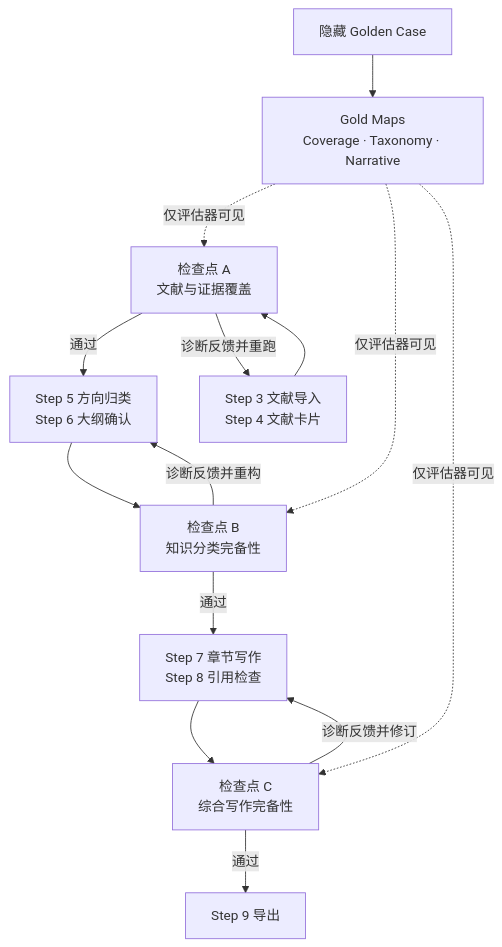
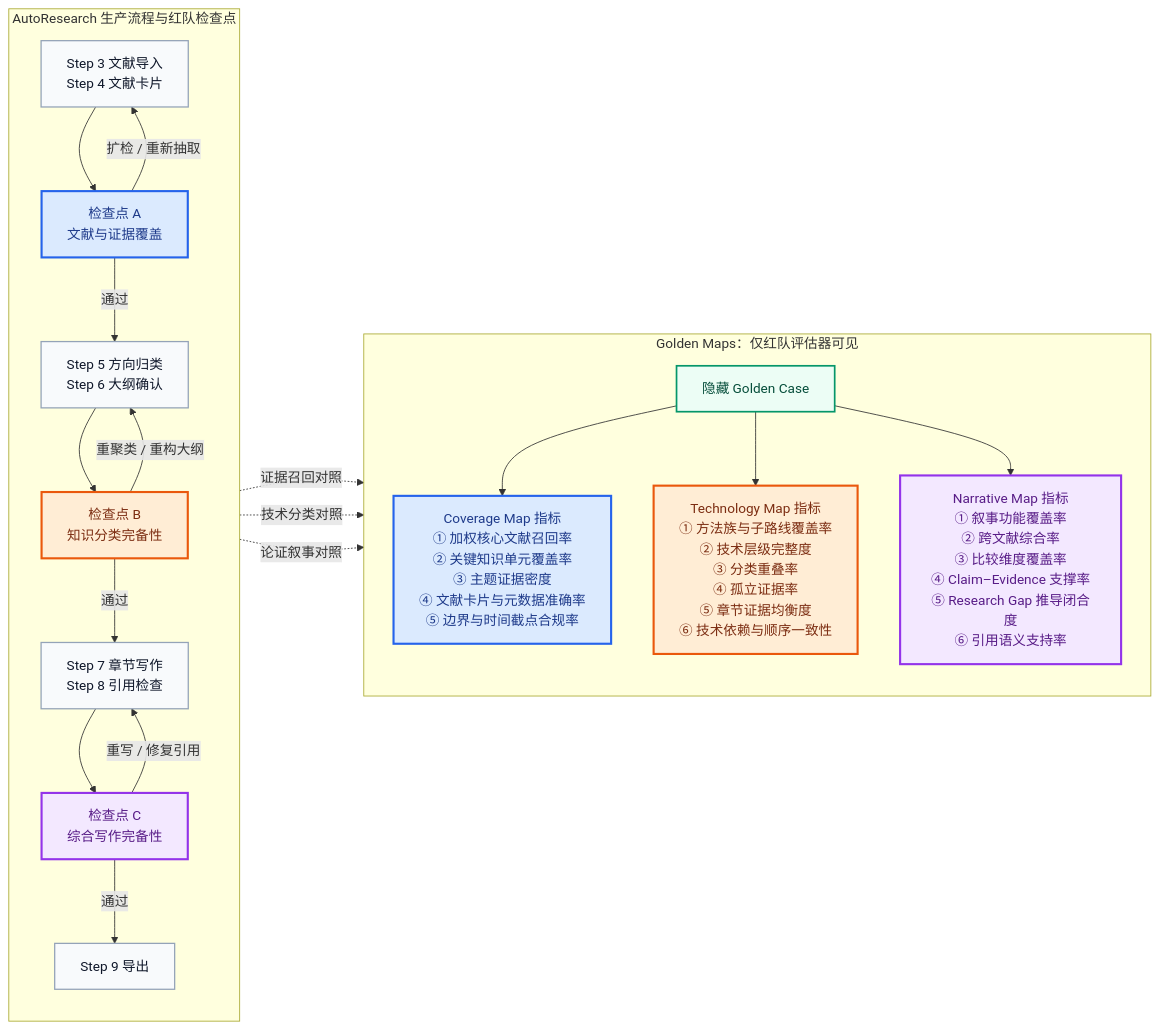
Before and after one commit to TorinoYip/golden-case-red-team-investigation: the diagram in docs/golden-case-red-team-benchmark.md, drawn with Mermaid. The commit also changed other lines of this file, not shown here.

Commit message:
Expand Golden Maps metrics and recolor red-team checkpoints

````diff
--- a/docs/golden-case-red-team-benchmark.md
+++ b/docs/golden-case-red-team-benchmark.md
@@ -17,19 +17,48 @@
 ```mermaid
-flowchart TB
-    G["隐藏 Golden Case"] --> M["Gold Maps<br/>Coverage · Taxonomy · Narrative"]
+flowchart LR
+    subgraph P["AutoResearch 生产流程与红队检查点"]
+        direction TB
+        S34["Step 3 文献导入<br/>Step 4 文献卡片"] --> A["检查点 A<br/>文献与证据覆盖"]
+        A -->|"通过"| S56["Step 5 方向归类<br/>Step 6 大纲确认"]
+        A -->|"扩检 / 重新抽取"| S34
 
-    S34["Step 3 文献导入<br/>Step 4 文献卡片"] --> A["检查点 A<br/>文献与证据覆盖"]
-    M -. "仅评估器可见" .-> A
-    A -->|"通过"| S56["Step 5 方向归类<br/>Step 6 大纲确认"]
-    A -->|"诊断反馈并重跑"| S34
+        S56 --> B["检查点 B<br/>知识分类完备性"]
+        B -->|"通过"| S78["Step 7 章节写作<br/>Step 8 引用检查"]
+        B -->|"重聚类 / 重构大纲"| S56
 
-    M -. "仅评估器可见" .-> B["检查点 B<br/>知识分类完备性"]
-    S56 --> B
-    B -->|"通过"| S78["Step 7 章节写作<br/>Step 8 引用检查"]
-    B -->|"诊断反馈并重构"| S56
+        S78 --> C["检查点 C<br/>综合写作完备性"]
+        C -->|"通过"| E["Step 9 导出"]
+        C -->|"重写 / 修复引用"| S78
+    end
 
-    M -. "仅评估器可见" .-> C["检查点 C<br/>综合写作完备性"]
-    S78 --> C
-    C -->|"通过"| E["Step 9 导出"]
-    C -->|"诊断反馈并修订"| S78
+    subgraph R["Golden Maps：仅红队评估器可见"]
+        direction TB
+        G["隐藏 Golden Case"]
+
+        CV["Coverage Map 指标<br/>① 加权核心文献召回率<br/>② 关键知识单元覆盖率<br/>③ 主题证据密度<br/>④ 文献卡片与元数据准确率<br/>⑤ 边界与时间截点合规率"]
+
+        TV["Technology Map 指标<br/>① 方法族与子路线覆盖率<br/>② 技术层级完整度<br/>③ 分类重叠率<br/>④ 孤立证据率<br/>⑤ 章节证据均衡度<br/>⑥ 技术依赖与顺序一致性"]
+
+        NV["Narrative Map 指标<br/>① 叙事功能覆盖率<br/>② 跨文献综合率<br/>③ 比较维度覆盖率<br/>④ Claim–Evidence 支撑率<br/>⑤ Research Gap 推导闭合度<br/>⑥ 引用语义支持率"]
+
+        G --> CV
+        G --> TV
+        G --> NV
+    end
+
+    A -. "证据召回对照" .-> CV
+    B -. "技术分类对照" .-> TV
+    C -. "论证叙事对照" .-> NV
+
+    classDef stage fill:#F8FAFC,stroke:#94A3B8,stroke-width:1.5px,color:#0F172A;
+    classDef gateA fill:#DBEAFE,stroke:#2563EB,stroke-width:2.5px,color:#1E3A8A;
+    classDef gateB fill:#FFEDD5,stroke:#EA580C,stroke-width:2.5px,color:#7C2D12;
+    classDef gateC fill:#F3E8FF,stroke:#9333EA,stroke-width:2.5px,color:#581C87;
+    classDef gold fill:#ECFDF5,stroke:#059669,stroke-width:2px,color:#064E3B;
+
+    class S34,S56,S78,E stage;
+    class A,CV gateA;
+    class B,TV gateB;
+    class C,NV gateC;
+    class G gold;
 ```
````
